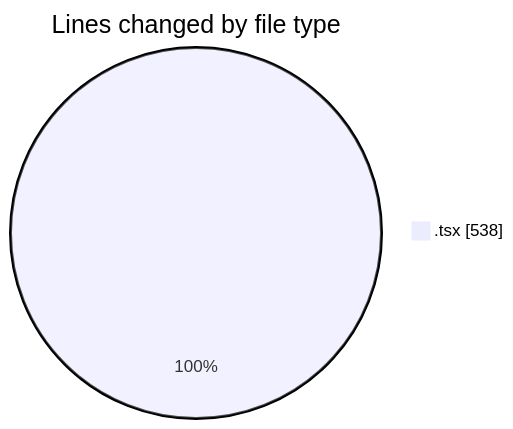
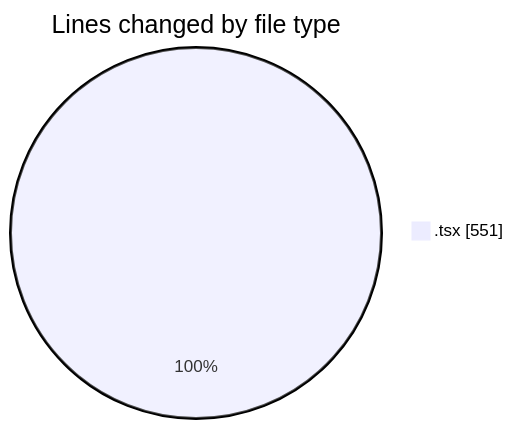
The first of 2 diagrams in 2026-02-02/nxtqube_webapp/README.md (nxtqubesakshisongat/code-tracking), drawn with Mermaid before and after one commit. The commit also changed other lines of this file and 1 other file, not shown here.

````diff
--- a/2026-02-02/nxtqube_webapp/README.md
+++ b/2026-02-02/nxtqube_webapp/README.md
@@ -20,5 +20,5 @@
 ```mermaid
 pie showData
 title Lines changed by file type
-".tsx" : 538
+".tsx" : 551
 ```
````
